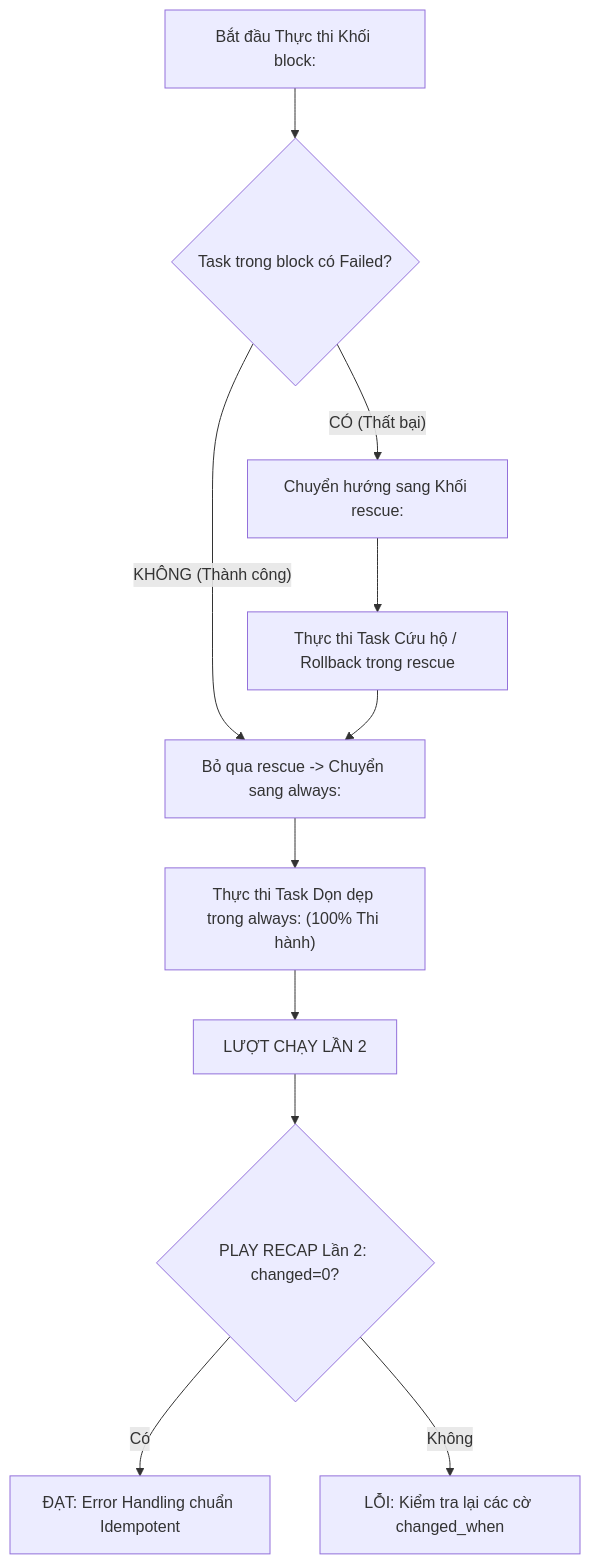
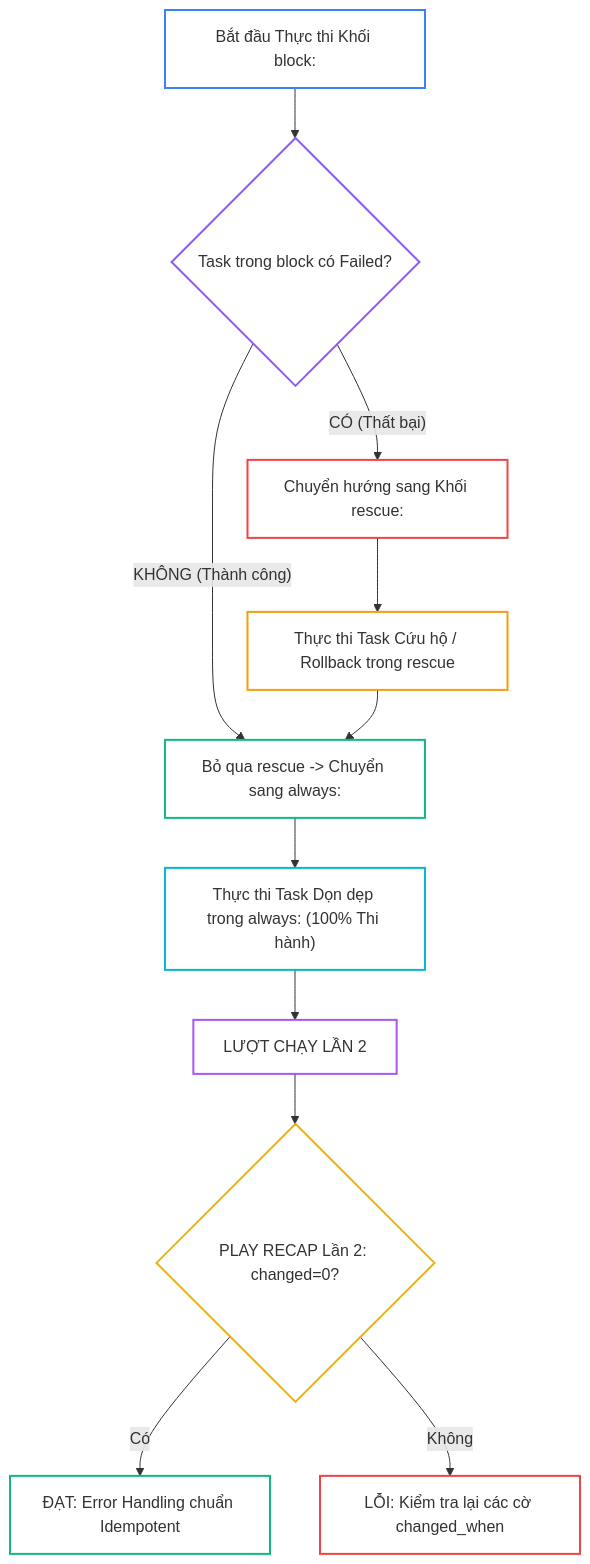
One commit to kiennt308/ntk changed the second of 3 diagrams in _posts/2026-09-13-ansible-13-13-blocks-error-handling.md. Above: the diagram before and after it, drawn with Mermaid. The commit also changed other lines of this file and 30 other files, not shown here.

````diff
--- a/_posts/2026-09-13-ansible-13-13-blocks-error-handling.md
+++ b/_posts/2026-09-13-ansible-13-13-blocks-error-handling.md
@@ -315,15 +325,26 @@
 ```mermaid
 flowchart TD
     A["Bắt đầu Thực thi Khối block:"] --> B{"Task trong block có Failed?"}
     B -->|"KHÔNG (Thành công)"| C["Bỏ qua rescue -> Chuyển sang always:"]
     B -->|"CÓ (Thất bại)"| D["Chuyển hướng sang Khối rescue:"]
     
     D --> E["Thực thi Task Cứu hộ / Rollback trong rescue"]
     E --> C
     
     C --> F["Thực thi Task Dọn dẹp trong always: (100% Thi hành)"]
     F --> G["LƯỢT CHẠY LẦN 2"]
     G --> H{"PLAY RECAP Lần 2: changed=0?"}
-    H -- Có --> I["ĐẠT: Error Handling chuẩn Idempotent"]
-    H -- Không --> J["LỖI: Kiểm tra lại các cờ changed_when"]
+    H -->|"Có"| I["ĐẠT: Error Handling chuẩn Idempotent"]
+    H -->|"Không"| J["LỖI: Kiểm tra lại các cờ changed_when"]
+
+    style A fill:none,stroke:#3b82f6,stroke-width:2px
+    style B fill:none,stroke:#8b5cf6,stroke-width:2px
+    style C fill:none,stroke:#10b981,stroke-width:2px
+    style D fill:none,stroke:#ef4444,stroke-width:2px
+    style E fill:none,stroke:#f59e0b,stroke-width:2px
+    style F fill:none,stroke:#06b6d4,stroke-width:2px
+    style G fill:none,stroke:#a855f7,stroke-width:2px
+    style H fill:none,stroke:#eab308,stroke-width:2px
+    style I fill:none,stroke:#10b981,stroke-width:2px
+    style J fill:none,stroke:#ef4444,stroke-width:2px
 ```
````
